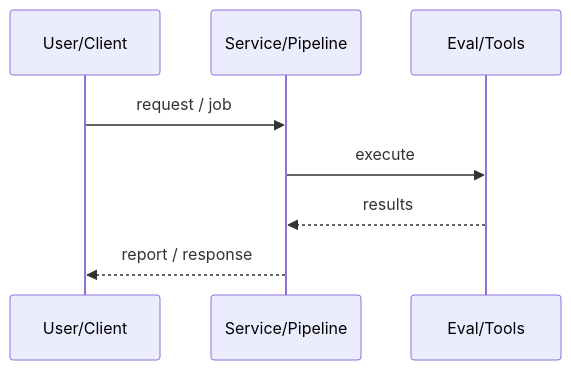
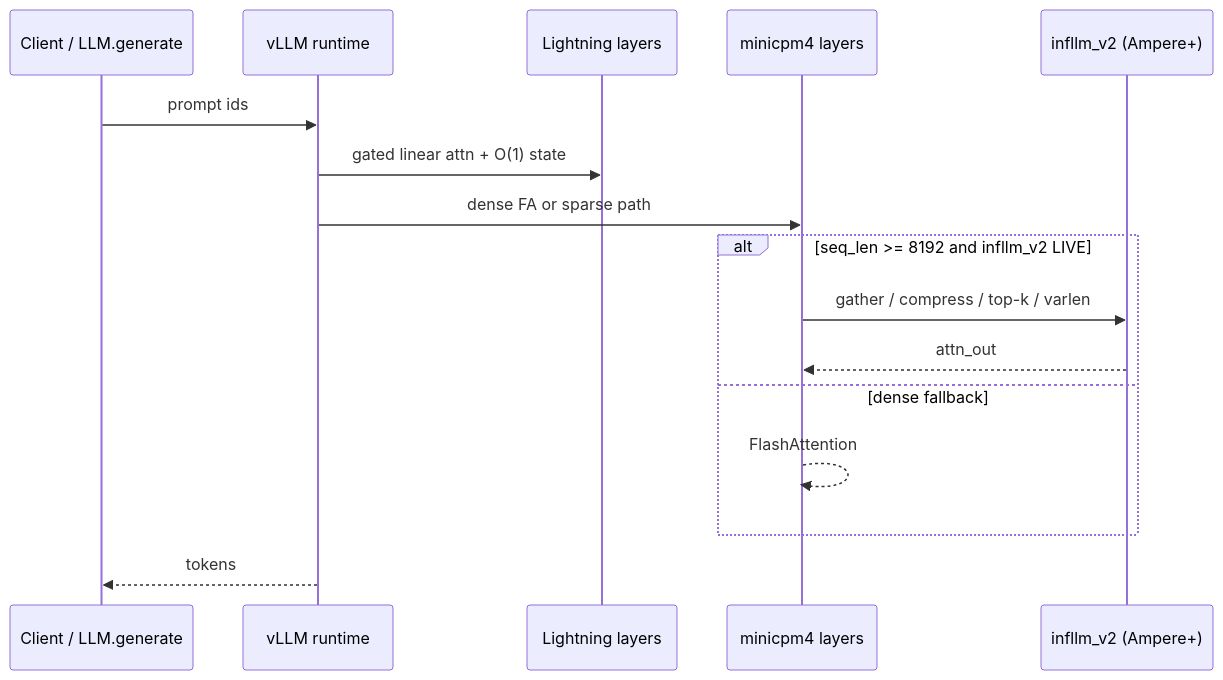
One commit to ArchanaChetan07/vLLM-HybridAttn changed the seventh of 8 diagrams in README.md. Above: the diagram before and after it, drawn with Mermaid. The commit also changed other lines of this file, not shown here.

Commit message:
docs: FAANG-ready README with validation evidence, architecture diagrams, honest gates

````diff
--- a/README.md
+++ b/README.md
@@ -40,10 +163,18 @@
 ```mermaid
 sequenceDiagram
-  participant U as User/Client
-  participant S as Service/Pipeline
-  participant E as Eval/Tools
-  U->>S: request / job
-  S->>E: execute
-  E-->>S: results
-  S-->>U: report / response
+  participant C as Client / LLM.generate
+  participant V as vLLM runtime
+  participant L as Lightning layers
+  participant S as minicpm4 layers
+  participant K as infllm_v2 (Ampere+)
+  C->>V: prompt ids
+  V->>L: gated linear attn + O(1) state
+  V->>S: dense FA or sparse path
+  alt seq_len >= 8192 and infllm_v2 LIVE
+    S->>K: gather / compress / top-k / varlen
+    K-->>S: attn_out
+  else dense fallback
+    S-->>S: FlashAttention
+  end
+  V-->>C: tokens
 ```
````
